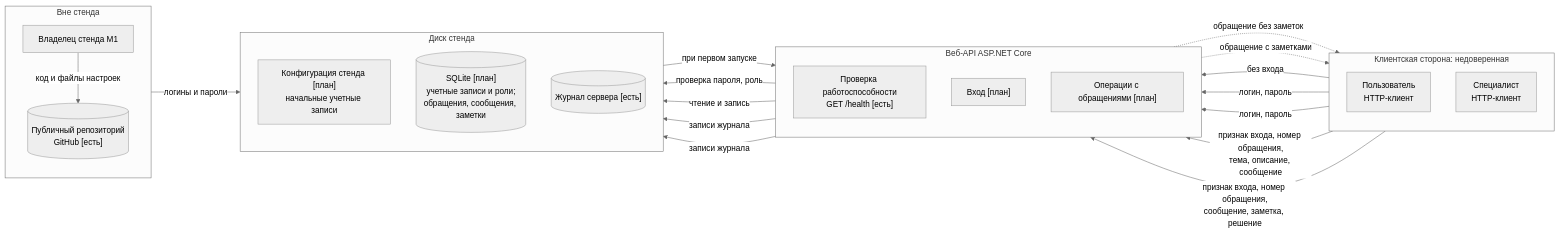
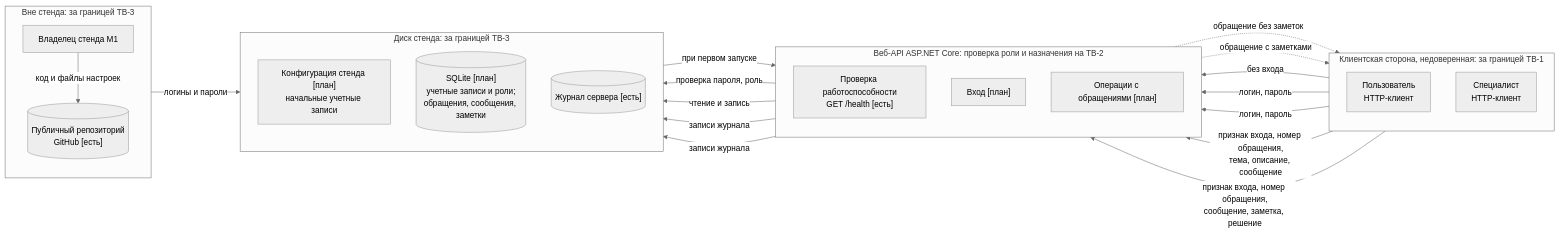
The diagram in docs/threat-model.md (taisiya18/support-desk-api), drawn with Mermaid (neutral theme) before and after one commit. The commit also changed other lines of this file, not shown here.

Commit message:
Label trust boundaries on architecture diagram

````diff
--- a/docs/threat-model.md
+++ b/docs/threat-model.md
@@ -7,43 +7,43 @@
 ```mermaid
 flowchart LR
-    subgraph CL["Клиентская сторона: недоверенная"]
+    subgraph CL["Клиентская сторона, недоверенная: за границей TB-1"]
         direction TB
         U["Пользователь<br/>HTTP-клиент"]
         S["Специалист<br/>HTTP-клиент"]
     end
 
-    subgraph API["Веб-API ASP.NET Core"]
+    subgraph API["Веб-API ASP.NET Core: проверка роли и назначения на TB-2"]
         direction TB
         H["Проверка работоспособности<br/>GET /health [есть]"]
         L["Вход [план]"]
         O["Операции с обращениями [план]"]
     end
 
-    subgraph DISK["Диск стенда"]
+    subgraph DISK["Диск стенда: за границей TB-3"]
         direction TB
         CFG["Конфигурация стенда [план]<br/>начальные учетные записи"]
         DB[("SQLite [план]<br/>учетные записи и роли;<br/>обращения, сообщения, заметки")]
         LOG[("Журнал сервера [есть]")]
     end
 
-    subgraph EXT["Вне стенда"]
+    subgraph EXT["Вне стенда: за границей TB-3"]
         direction TB
         OWN["Владелец стенда M1"]
         REPO[("Публичный репозиторий<br/>GitHub [есть]")]
     end
 
     U -- "без входа" --> H
     U -- "логин, пароль" --> L
     S -- "логин, пароль" --> L
     U -- "признак входа, номер обращения,<br/>тема, описание, сообщение" --> O
     S -- "признак входа, номер обращения,<br/>сообщение, заметка, решение" --> O
     O -. "обращение без заметок" .-> U
     O -. "обращение с заметками" .-> S
     L -- "проверка пароля, роль" --> DB
     O -- "чтение и запись" --> DB
     O -- "записи журнала" --> LOG
     L -- "записи журнала" --> LOG
     CFG -- "при первом запуске" --> L
     OWN -- "логины и пароли" --> CFG
     OWN -- "код и файлы настроек" --> REPO
 ```
````
